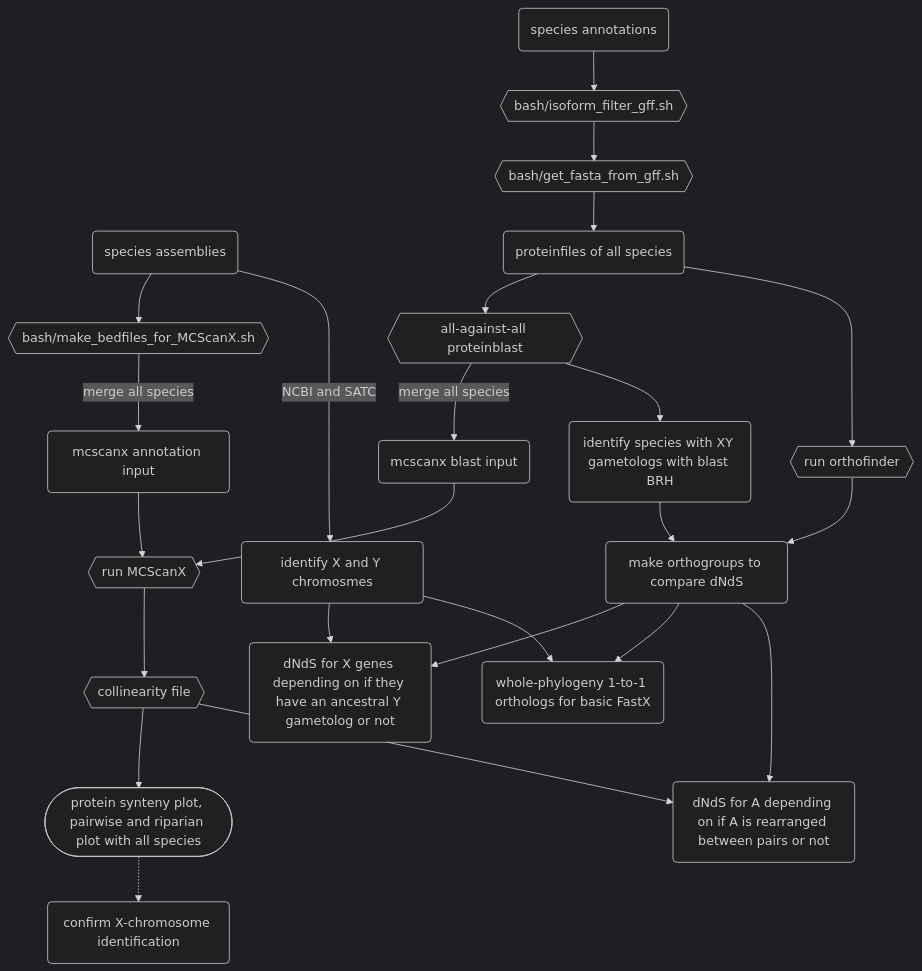
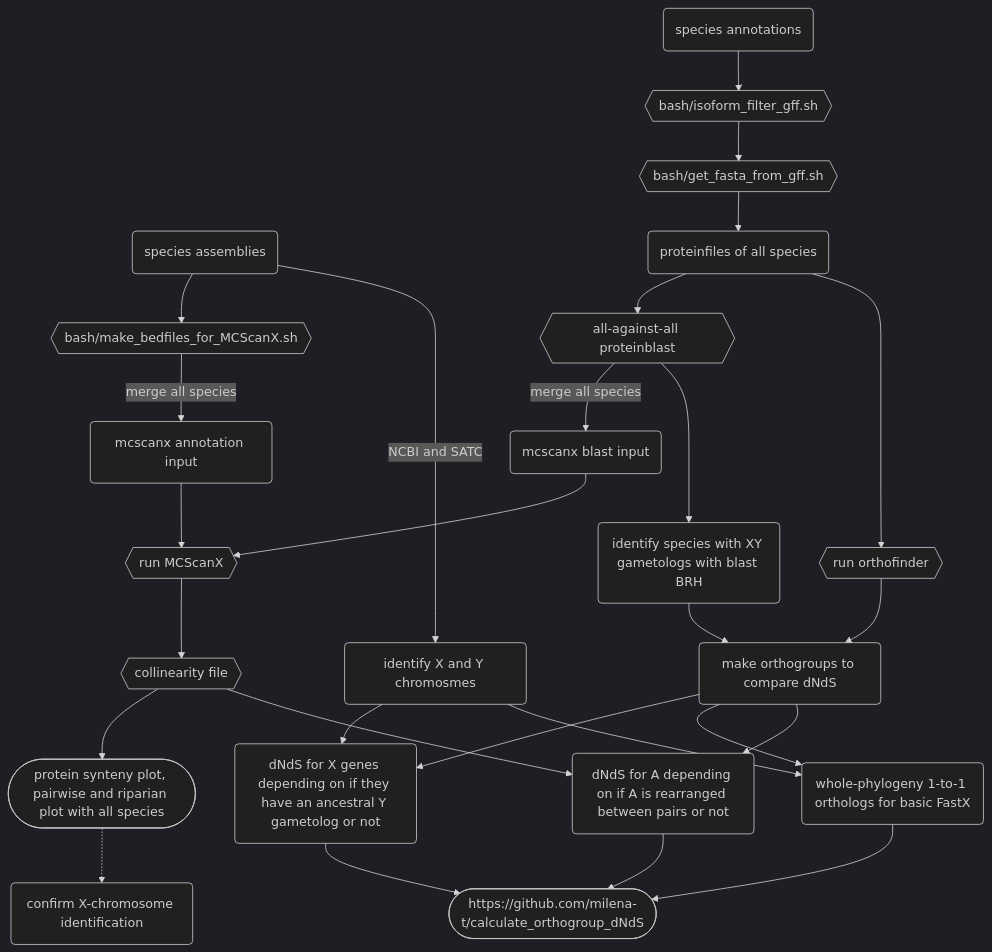
The diagram in README.md (milena-t/PhD_chapter3), drawn with Mermaid (dark theme) before and after one commit.

Commit message:
moremermaid

````diff
--- a/README.md
+++ b/README.md
@@ -55,33 +55,39 @@
 ```mermaid
 graph TD;
     species_Ass(species assemblies);
     species_Ass --> simplified_bed{{bash/make_bedfiles_for_MCScanX.sh}};
     simplified_bed -- merge all species --> mcscanx_bed(mcscanx annotation input);
     
     species_Ann(species annotations);
     species_Ann --> is_filter{{bash/isoform_filter_gff.sh}};
     is_filter --> get_prot{{bash/get_fasta_from_gff.sh}};
     get_prot --> protfiles(proteinfiles of all species);
     protfiles --> blast{{all-against-all proteinblast}};
     blast -- merge all species --> mcscanx_blast(mcscanx blast input);
 
     mcscanx_bed --> run_mcscanx{{run MCScanX}};
     mcscanx_blast --> run_mcscanx
     run_mcscanx --> mcscanx_out{{collinearity file}}
     mcscanx_out --> mcscanx_plot([protein synteny plot, pairwise and riparian plot with all species])
     mcscanx_plot .-> conf_X(confirm X-chromosome identification)
 
     species_Ass -- NCBI and SATC --> XY_chr(identify X and Y chromosmes);
     protfiles --> orthofinder{{run orthofinder}};
     
     blast --> XY_paralogs(identify species with XY gametologs with blast BRH);
     XY_paralogs --> dNdS_groups(make orthogroups to compare dNdS);
     orthofinder --> dNdS_groups;
 
     dNdS_groups --> gametologs(dNdS for X genes depending on if they have an ancestral Y gametolog or not);
     XY_chr --> gametologs
     dNdS_groups --> basicFastX(whole-phylogeny 1-to-1 orthologs for basic FastX);
     XY_chr --> basicFastX
     dNdS_groups --> rearrangeA(dNdS for A depending on if A is rearranged between pairs or not)
     mcscanx_out --> rearrangeA
+
+    OG_dNdS([https://github.com/milena-t/calculate_orthogroup_dNdS])
+    gametologs --> OG_dNdS
+    basicFastX --> OG_dNdS
+    rearrangeA --> OG_dNdS
+
 ```   
````
